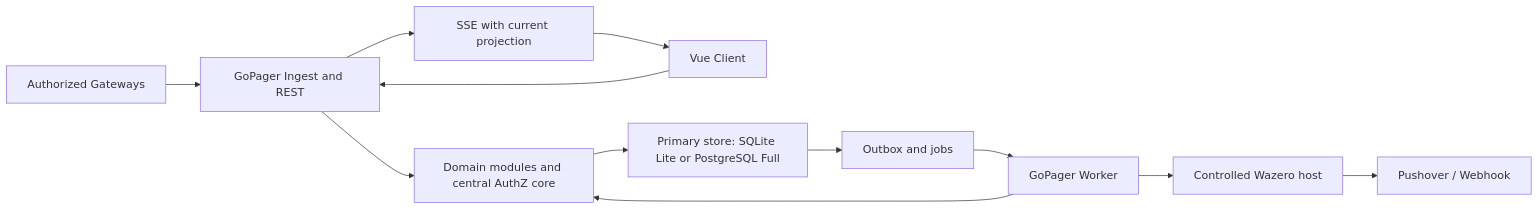
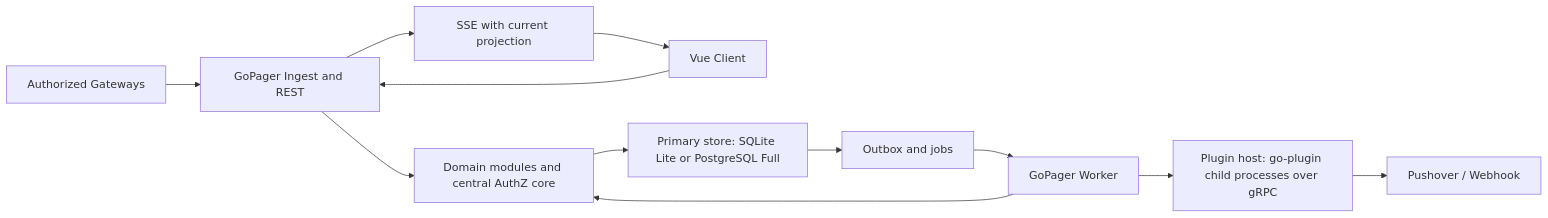
The first of 2 diagrams in development/architecture.md (gopager/gopager), drawn with Mermaid before and after one commit. The commit also changed other lines of this file and 184 other files, not shown here.

````diff
--- a/development/architecture.md
+++ b/development/architecture.md
@@ -613,14 +613,14 @@
 ```mermaid
 flowchart LR
     Gateways[Authorized Gateways] --> API[GoPager Ingest and REST]
     Browser[Vue Client] --> API
     API --> Live[SSE with current projection]
     Live --> Browser
     API --> Modules[Domain modules and central AuthZ core]
     Modules --> SQL[Primary store: SQLite Lite or PostgreSQL Full]
     SQL --> Jobs[Outbox and jobs]
     Jobs --> Workers[GoPager Worker]
     Workers --> Modules
-    Workers --> Host[Controlled Wazero host]
+    Workers --> Host[Plugin host: go-plugin child processes over gRPC]
     Host --> Targets[Pushover / Webhook]
 ```
````
